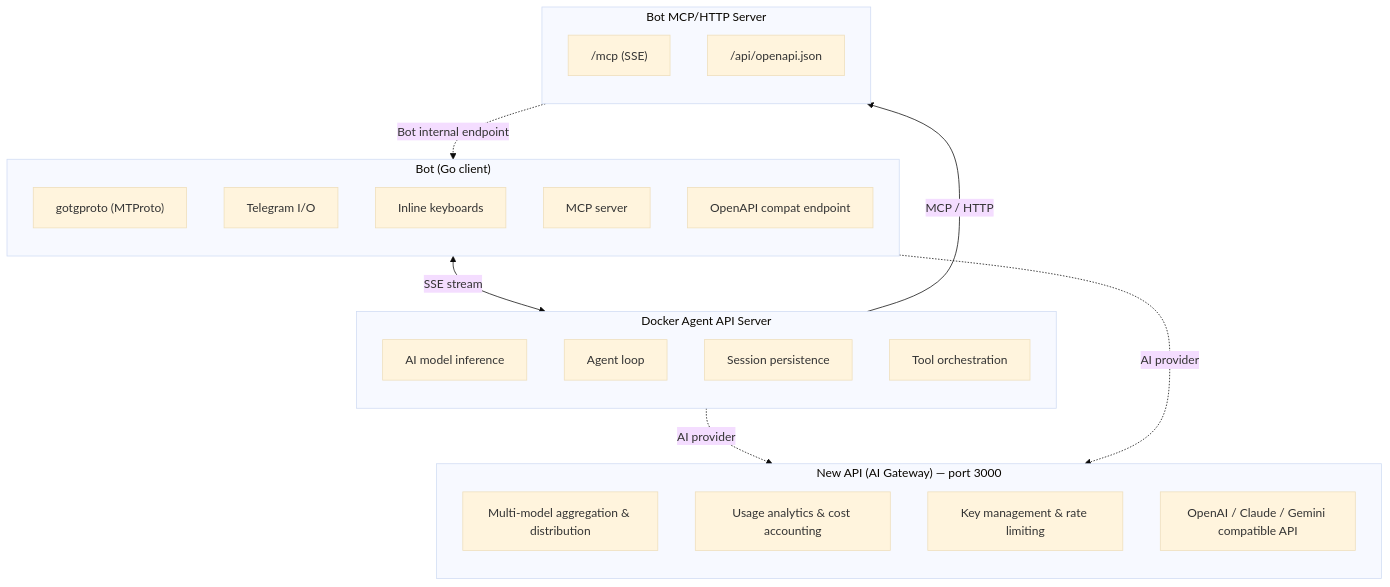
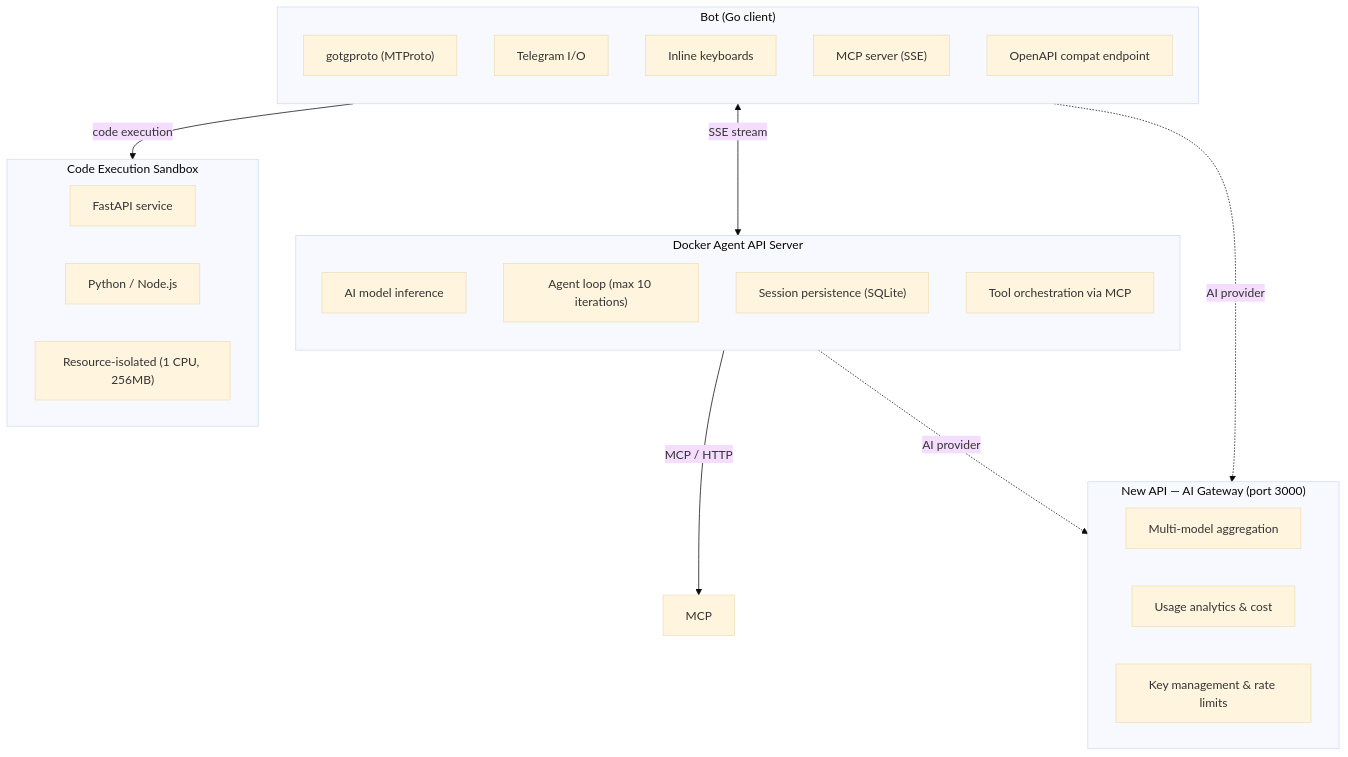
One commit to real-LiHua/tgbot changed the diagram in README.md. Above: the diagram before and after it, drawn with Mermaid (base theme). The commit also changed other lines of this file, not shown here.

````diff
--- a/README.md
+++ b/README.md
@@ -29,39 +73,37 @@
 ```mermaid
 graph TB
     subgraph Bot["Bot (Go client)"]
         direction TB
         B1["gotgproto (MTProto)"]
         B2["Telegram I/O"]
         B3["Inline keyboards"]
-        B4["MCP server"]
+        B4["MCP server (SSE)"]
         B5["OpenAPI compat endpoint"]
     end
 
     subgraph Agent["Docker Agent API Server"]
         direction TB
         A1["AI model inference"]
-        A2["Agent loop"]
-        A3["Session persistence"]
-        A4["Tool orchestration"]
+        A2["Agent loop (max 10 iterations)"]
+        A3["Session persistence (SQLite)"]
+        A4["Tool orchestration via MCP"]
     end
 
-    subgraph MCP["Bot MCP/HTTP Server"]
-        direction TB
-        M1["/mcp (SSE)"]
-        M2["/api/openapi.json"]
+    subgraph Gateway["New API — AI Gateway (port 3000)"]
+        G1["Multi-model aggregation"]
+        G2["Usage analytics & cost"]
+        G3["Key management & rate limits"]
     end
 
-    subgraph Gateway["New API (AI Gateway) — port 3000"]
-        direction TB
-        G1["Multi-model aggregation & distribution"]
-        G2["Usage analytics & cost accounting"]
-        G3["Key management & rate limiting"]
-        G4["OpenAI / Claude / Gemini compatible API"]
+    subgraph Sandbox["Code Execution Sandbox"]
+        S1["FastAPI service"]
+        S2["Python / Node.js"]
+        S3["Resource-isolated (1 CPU, 256MB)"]
     end
 
     Bot <-->|"SSE stream"| Agent
     Agent -->|"MCP / HTTP"| MCP
-    MCP -.->|"Bot internal endpoint"| Bot
     Agent -.->|"AI provider"| Gateway
     Bot -.->|"AI provider"| Gateway
+    Bot -->|"code execution"| Sandbox
 ```
````
